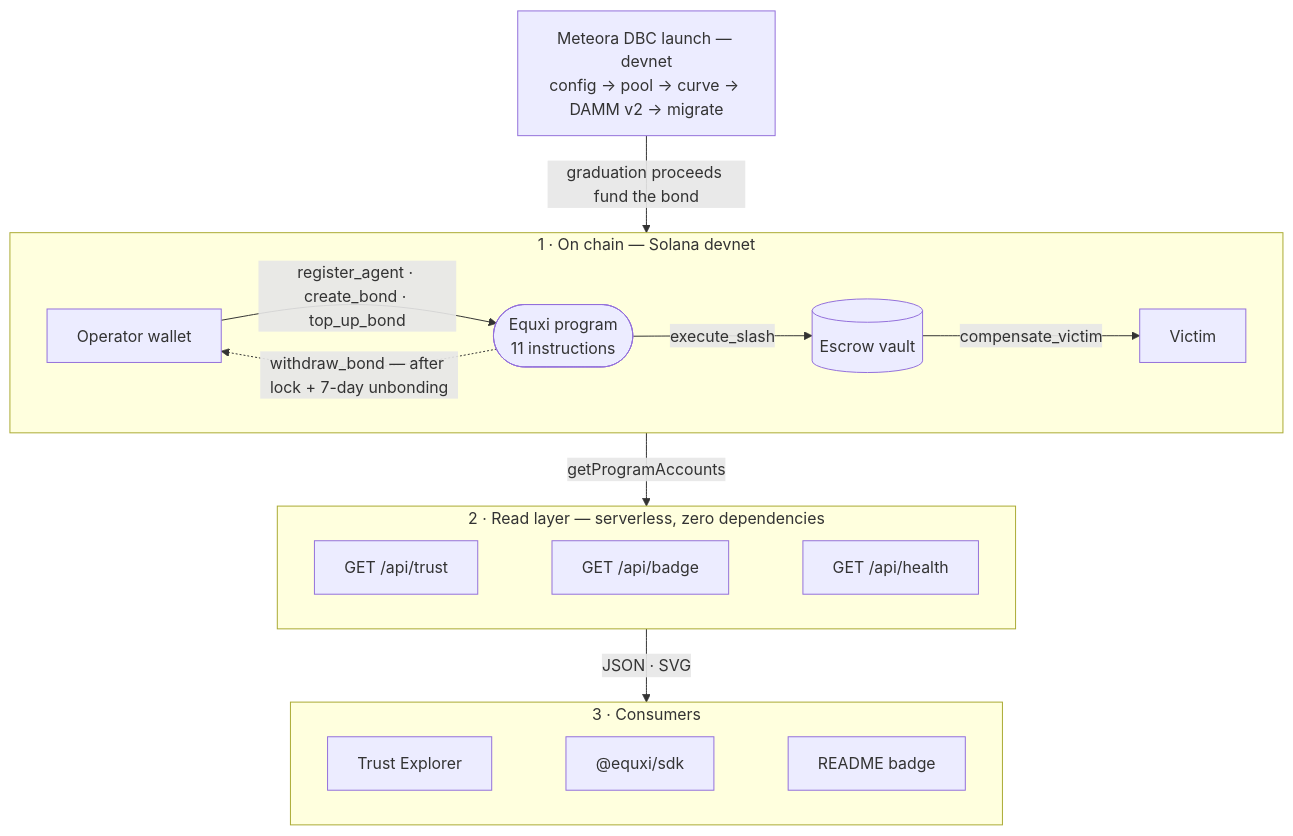
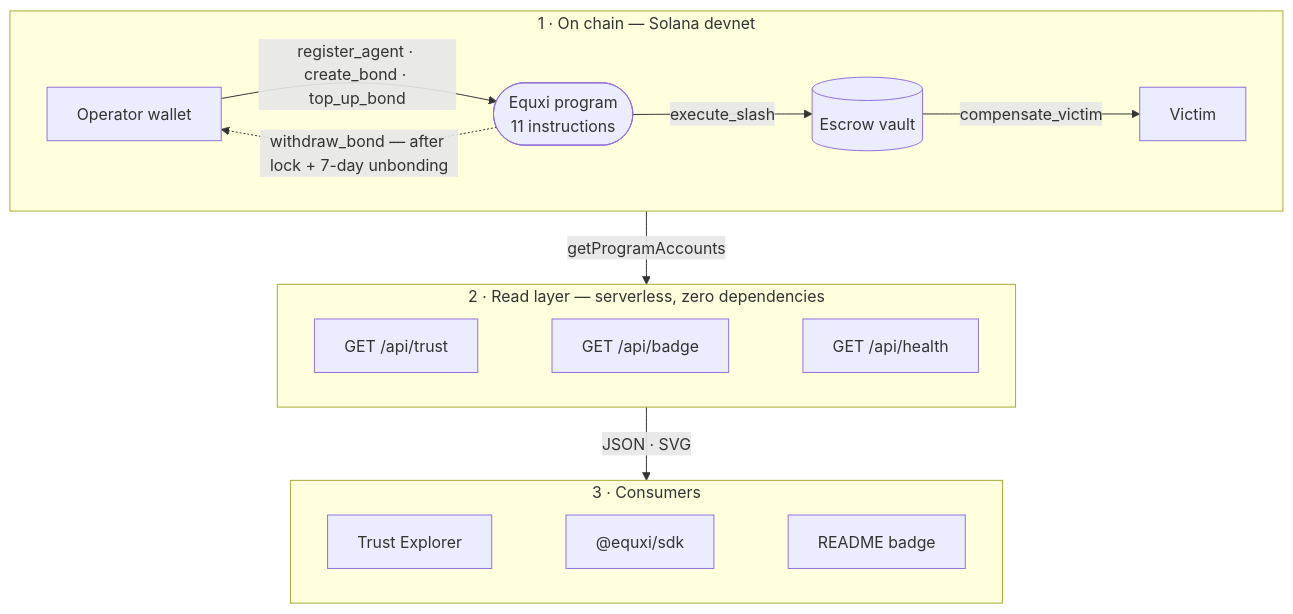
Before and after one commit to thesithunyein/equxi: the diagram in README.md, drawn with Mermaid. The commit also changed other lines of this file and 34 other files, not shown here.

````diff
--- a/README.md
+++ b/README.md
@@ -283,26 +262,23 @@
 ```mermaid
 flowchart TB
-    L["Meteora DBC launch — devnet<br/>config → pool → curve → DAMM v2 → migrate"]
-
     subgraph CHAIN["1 · On chain — Solana devnet"]
         direction LR
         OP["Operator wallet"] -->|"register_agent · create_bond · top_up_bond"| P(["Equxi program<br/>11 instructions"])
         P -->|"execute_slash"| V[("Escrow vault")]
         V -->|"compensate_victim"| VIC["Victim"]
         P -.->|"withdraw_bond — after lock + 7-day unbonding"| OP
     end
 
     subgraph READ["2 · Read layer — serverless, zero dependencies"]
         direction LR
         T["GET /api/trust"] ~~~ G["GET /api/badge"] ~~~ H["GET /api/health"]
     end
 
     subgraph USE["3 · Consumers"]
         direction LR
         E["Trust Explorer"] ~~~ S["@equxi/sdk"] ~~~ RM["README badge"]
     end
 
-    L -->|"graduation proceeds fund the bond"| P
     CHAIN -->|"getProgramAccounts"| READ
     READ -->|"JSON · SVG"| USE
 ```
````
